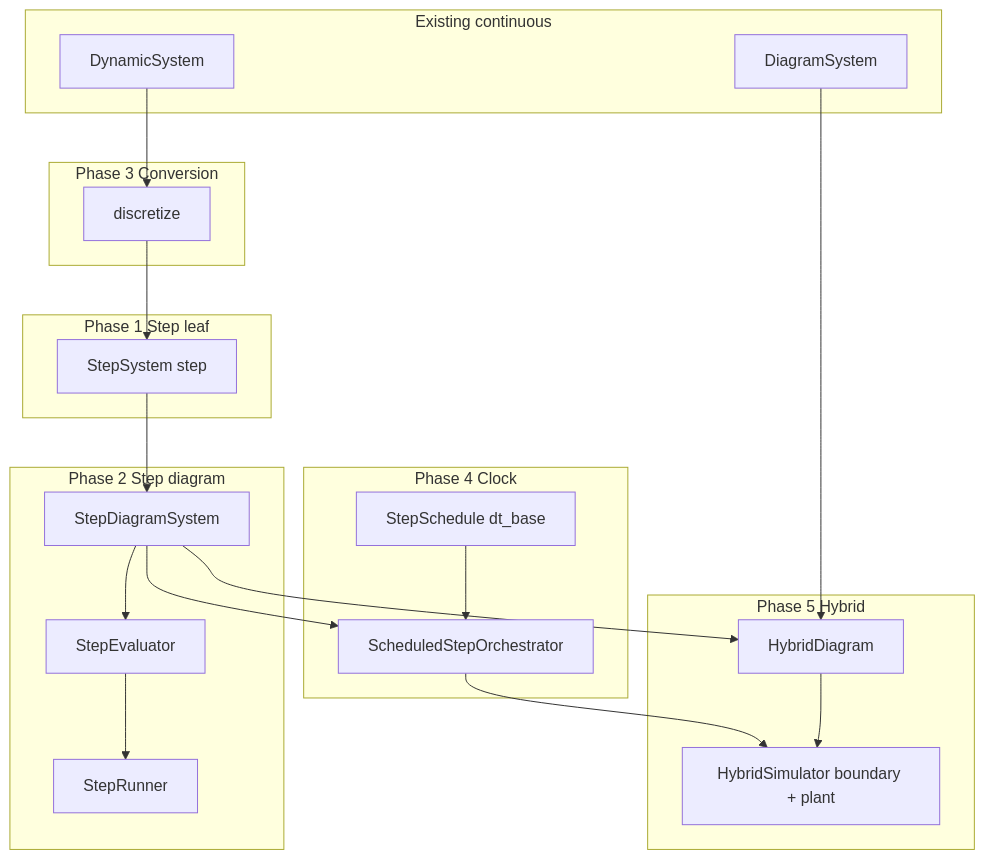
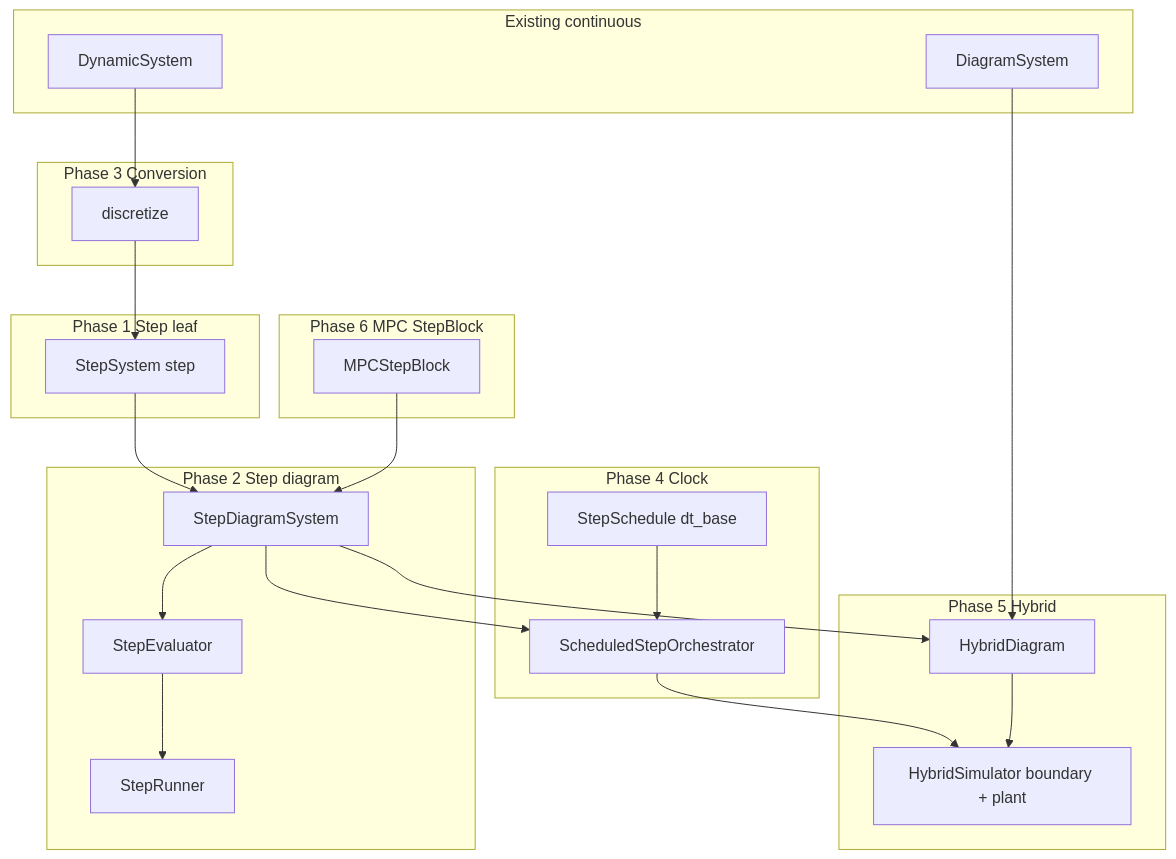
The diagram in docs/plans/hybrid-discrete/00-master-plan.md (alx87grd/minilink), drawn with Mermaid before and after one commit. The commit also changed other lines of this file and 6 other files, not shown here.

First line of the commit message:
docs: patch hybrid/step plan and add Phase 6 MPCStepBlock

````diff
--- a/docs/plans/hybrid-discrete/00-master-plan.md
+++ b/docs/plans/hybrid-discrete/00-master-plan.md
@@ -25,41 +26,46 @@
 ```mermaid
 flowchart TB
     subgraph P1 [Phase 1 Step leaf]
         SS[StepSystem step]
     end
 
     subgraph P2 [Phase 2 Step diagram]
         SDS[StepDiagramSystem]
         SE[StepEvaluator]
         SR[StepRunner]
     end
 
     subgraph P3 [Phase 3 Conversion]
         DISC[discretize]
     end
 
     subgraph P4 [Phase 4 Clock]
         SCH[StepSchedule dt_base]
         ORCH[ScheduledStepOrchestrator]
     end
 
     subgraph P5 [Phase 5 Hybrid]
         HD[HybridDiagram]
         HS[HybridSimulator boundary + plant]
     end
 
+    subgraph P6 [Phase 6 MPC StepBlock]
+        MPC[MPCStepBlock]
+    end
+
     subgraph Cont [Existing continuous]
         DS[DynamicSystem]
         DF[DiagramSystem]
     end
 
     SS --> SDS --> SE
     SE --> SR
     DS --> DISC --> SS
     SDS --> ORCH
     SCH --> ORCH
     ORCH --> HS
     SDS --> HD
     DF --> HD
     HD --> HS
+    MPC --> SDS
 ```
````
